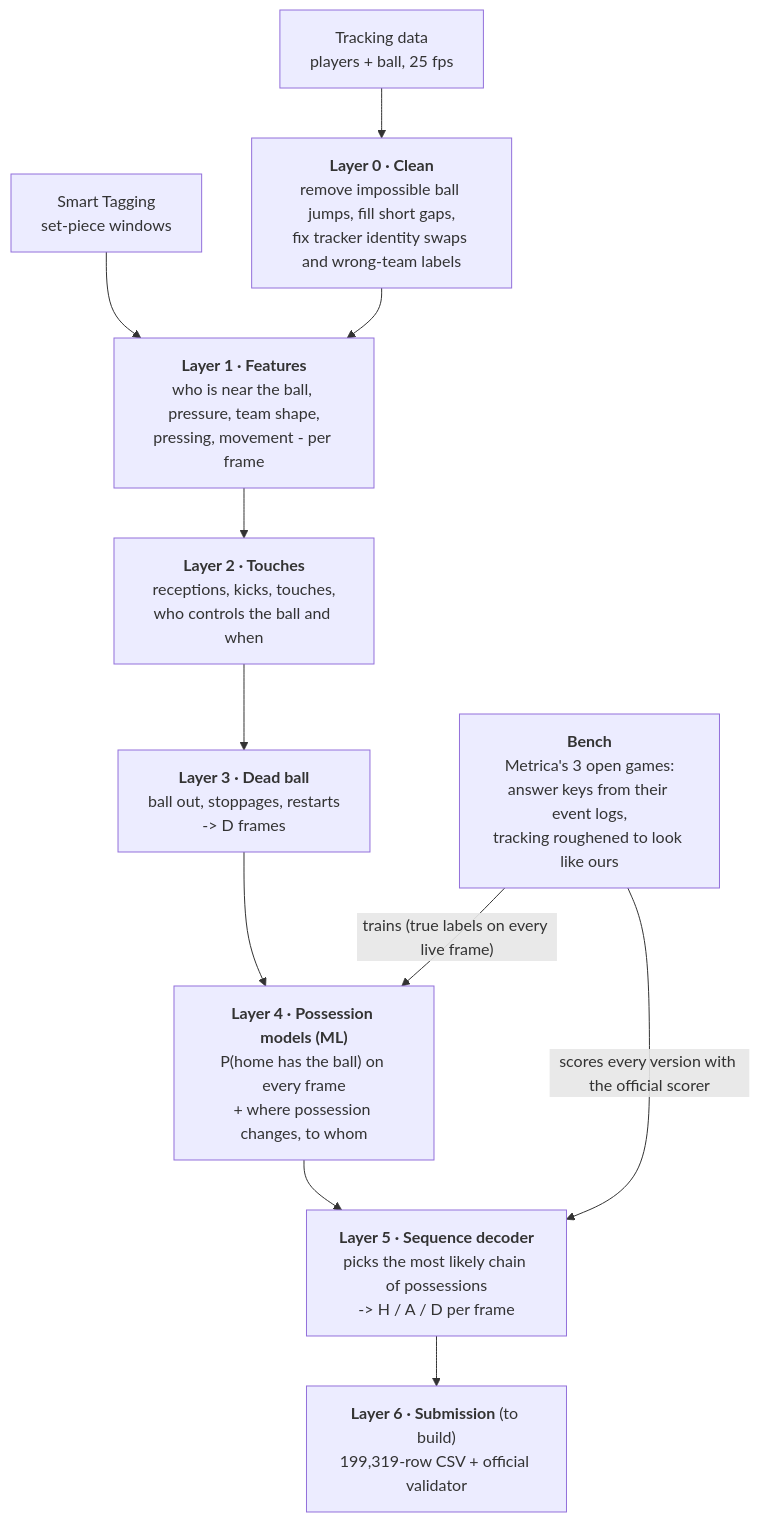
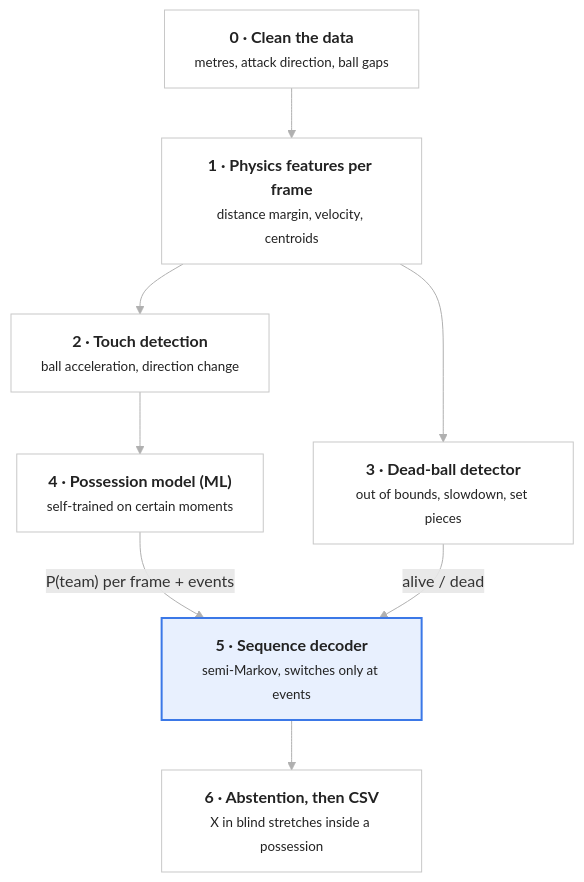
The diagram in README.md (Xiangxi-Wang-1/mtah_sit-), drawn with Mermaid before and after one commit.

Commit message:
README: flow diagram matching the design doc
Claude-Session: https://claude.ai/code/session_01Aic4TYLkieMDA6VArBjtWV

````diff
--- a/README.md
+++ b/README.md
@@ -12,19 +14,24 @@
 ```mermaid
 flowchart TD
-    T["Tracking data<br/>players + ball, 25 fps"] --> L0
-    ST["Smart Tagging<br/>set-piece windows"] --> L1
+    L0["<b>0 · Clean the data</b><br/><small>metres, attack direction, ball gaps</small>"]
+    L1["<b>1 · Physics features per frame</b><br/><small>distance margin, velocity, centroids</small>"]
+    L2["<b>2 · Touch detection</b><br/><small>ball acceleration, direction change</small>"]
+    L3["<b>3 · Dead-ball detector</b><br/><small>out of bounds, slowdown, set pieces</small>"]
+    L4["<b>4 · Possession model (ML)</b><br/><small>self-trained on certain moments</small>"]
+    L5["<b>5 · Sequence decoder</b><br/><small>semi-Markov, switches only at events</small>"]
+    L6["<b>6 · Abstention, then CSV</b><br/><small>X in blind stretches inside a possession</small>"]
 
-    L0["<b>Layer 0 · Clean</b><br/>remove impossible ball jumps, fill short gaps,<br/>fix tracker identity swaps and wrong-team labels"]
-    L1["<b>Layer 1 · Features</b><br/>who is near the ball, pressure, team shape,<br/>pressing, movement - per frame"]
-    L2["<b>Layer 2 · Touches</b><br/>receptions, kicks, touches,<br/>who controls the ball and when"]
-    L3["<b>Layer 3 · Dead ball</b><br/>ball out, stoppages, restarts<br/>-> D frames"]
-    L4["<b>Layer 4 · Possession models (ML)</b><br/>P(home has the ball) on every frame<br/>+ where possession changes, to whom"]
-    L5["<b>Layer 5 · Sequence decoder</b><br/>picks the most likely chain of possessions<br/>-> H / A / D per frame"]
-    L6["<b>Layer 6 · Submission</b> (to build)<br/>199,319-row CSV + official validator"]
+    L0 --> L1
+    L1 --> L2
+    L1 --> L3
+    L2 --> L4
+    L4 -- "P(team) per frame + events" --> L5
+    L3 -- "alive / dead" --> L5
+    L5 --> L6
 
-    L0 --> L1 --> L2 --> L3 --> L4 --> L5 --> L6
-
-    B["<b>Bench</b><br/>Metrica's 3 open games:<br/>answer keys from their event logs,<br/>tracking roughened to look like ours"]
-    B -- "trains (true labels on every live frame)" --> L4
-    B -- "scores every version with the official scorer" --> L5
+    classDef box fill:#ffffff,stroke:#c8c8c8,stroke-width:1px,color:#222222
+    classDef focus fill:#e8f0fe,stroke:#3b78e7,stroke-width:2px,color:#222222
+    class L0,L1,L2,L3,L4,L6 box
+    class L5 focus
+    linkStyle default stroke:#b0b0b0,stroke-width:1px
 ```
````
